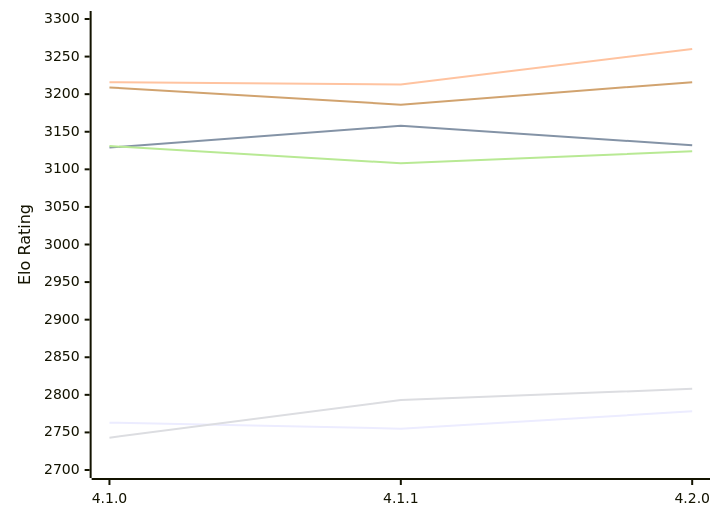
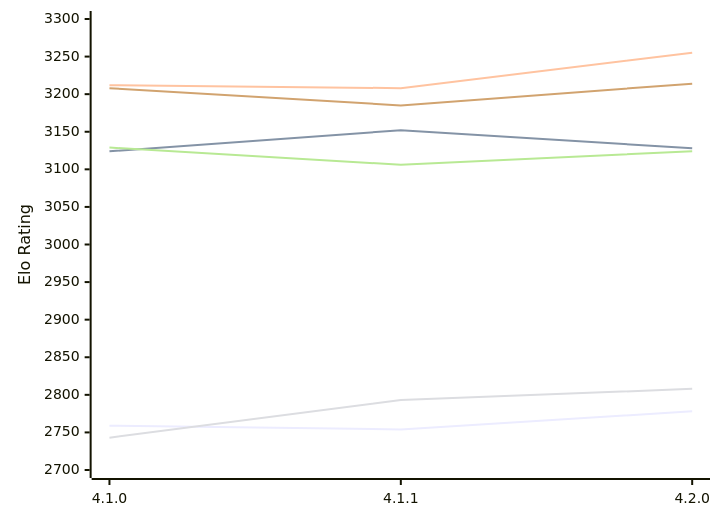
One commit to computer-chess-index/cci changed the diagram in engines/LunaChessEngine.md. Above: the diagram before and after it, drawn with Mermaid. The commit also changed other lines of this file, not shown here.

Commit message:
Update CCI Ratings (ELO VLTC) - 2026-11-26

````diff
--- a/engines/LunaChessEngine.md
+++ b/engines/LunaChessEngine.md
@@ -51,12 +51,12 @@
 ```mermaid
 %%{init: {"theme":"base","themeVariables":{"seriesColors:['#a3a3a3','#222221','#faa371']}}}%%
 xychart-beta
   x-axis ["4.1.0", "4.1.1", "4.2.0"]
   y-axis "Elo Rating" 2700 --> 3300
-  line "E1: STC (8.0+0.08s)" [2763, 2755, 2778]
-  line "E1: LTC (60.0+0.60s)" [3129, 3158, 3132]
-  line "E1: VLTC (2m24s+1.12s)" [3216, 3213, 3260]
+  line "E1: STC (8.0+0.08s)" [2759, 2754, 2778]
+  line "E1: LTC (60.0+0.60s)" [3124, 3152, 3128]
+  line "E1: VLTC (2m24s+1.12s)" [3212, 3208, 3255]
   line "P1: STC (8.0+0.08s)" [2743, 2793, 2808]
-  line "P1: LTC (60.0+0.60s)" [3131, 3108, 3124]
-  line "P1: VLTC (2m24s+1.12s)" [3209, 3186, 3216]
+  line "P1: LTC (60.0+0.60s)" [3129, 3106, 3124]
+  line "P1: VLTC (2m24s+1.12s)" [3208, 3185, 3214]
 ```
````
